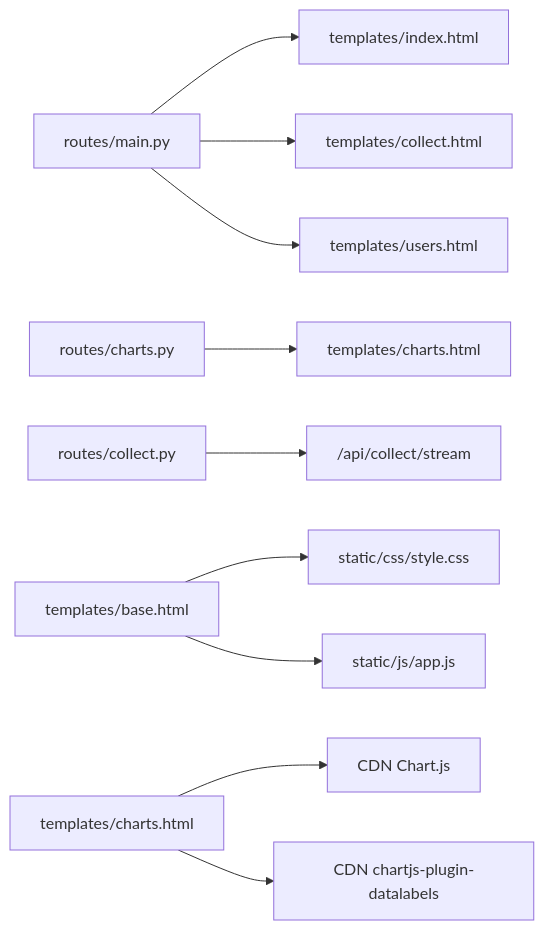
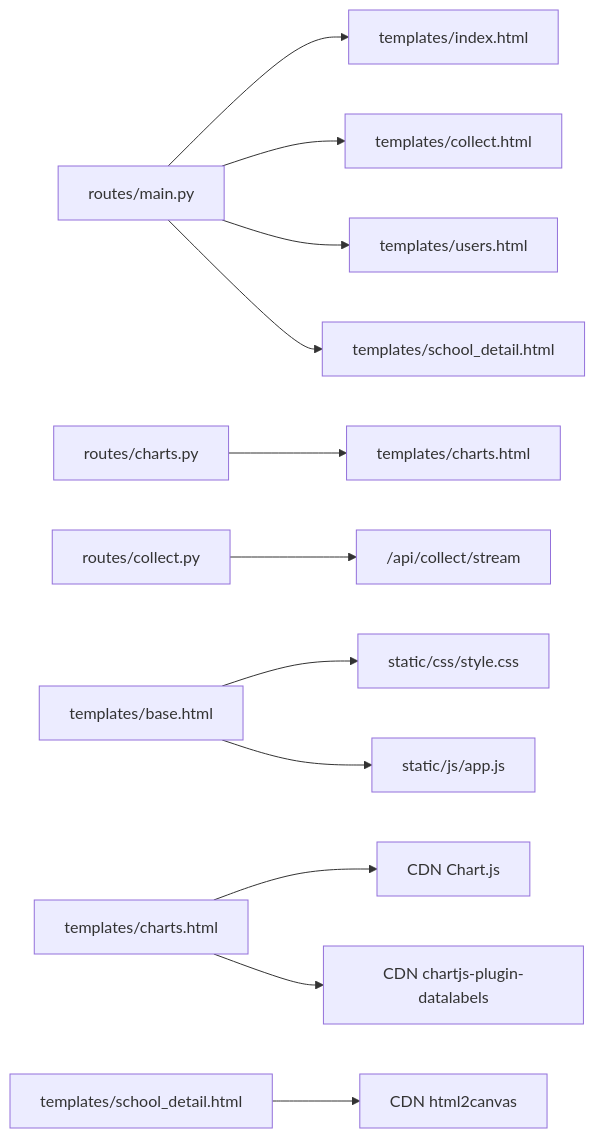
Diagram 11 of 11 in .qoder/repowiki/zh/content/Web应用/前端界面/前端界面.md (oreovan567-pixel/middle-platform-data-collector), drawn with Mermaid before and after one commit. The commit also changed other lines of this file and 9 other files, not shown here.

````diff
--- a/.qoder/repowiki/zh/content/Web应用/前端界面/前端界面.md
+++ b/.qoder/repowiki/zh/content/Web应用/前端界面/前端界面.md
@@ -301,12 +410,14 @@
 ```mermaid
 graph LR
 MAIN["routes/main.py"] --> TPL_INDEX["templates/index.html"]
 MAIN --> TPL_COLLECT["templates/collect.html"]
 MAIN --> TPL_USERS["templates/users.html"]
+MAIN --> TPL_SCHOOL["templates/school_detail.html"]
 CHARTS["routes/charts.py"] --> TPL_CHARTS["templates/charts.html"]
 COLLECT["routes/collect.py"] --> API_STREAM["/api/collect/stream"]
 BASE["templates/base.html"] --> CSS["static/css/style.css"]
 BASE --> JS["static/js/app.js"]
 CHARTS_TPL["templates/charts.html"] --> CDN1["CDN Chart.js"]
 CHARTS_TPL --> CDN2["CDN chartjs-plugin-datalabels"]
+SCHOOL_TPL["templates/school_detail.html"] --> CDN3["CDN html2canvas"]
 ```
````
